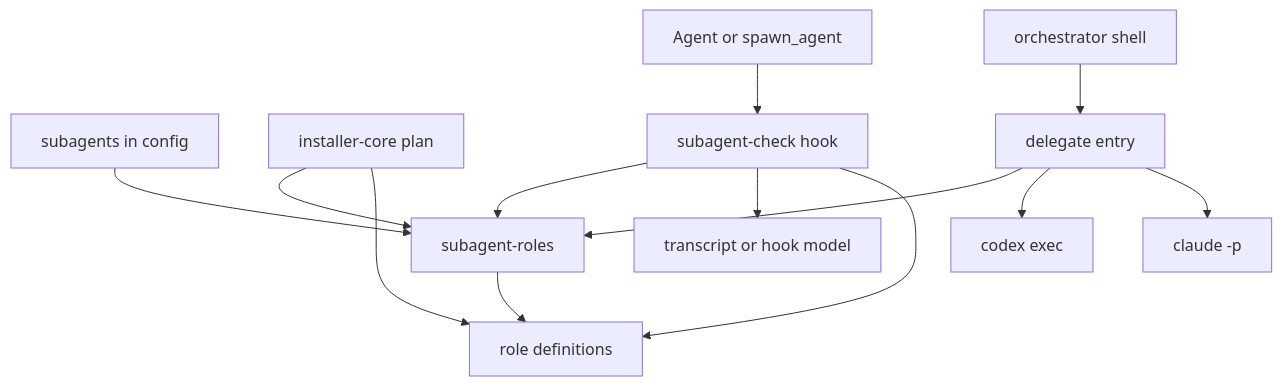
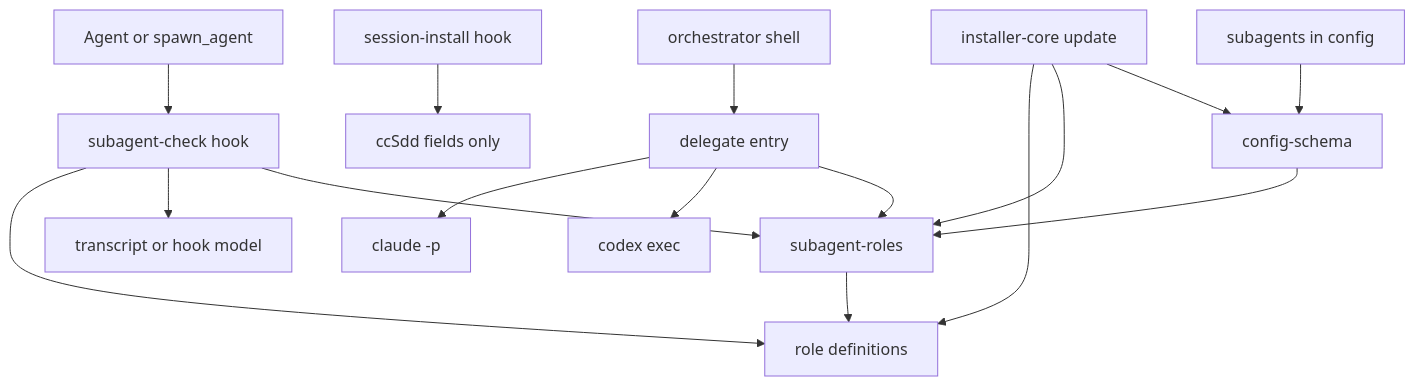
One commit to nekono-dev/cc-sdd-bootstrap changed the first of 4 diagrams in .kiro/specs/subagent-delegation/design.md. Above: the diagram before and after it, drawn with Mermaid. The commit also changed other lines of this file and 2 other files, not shown here.

Commit message:
subagent-delegation: 要件の改訂と推論量の PoC に合わせて設計を作り直す（承認待ち）

````diff
--- a/.kiro/specs/subagent-delegation/design.md
+++ b/.kiro/specs/subagent-delegation/design.md
@@ -48,15 +56,18 @@
 ```mermaid
 graph TB
-    Config[subagents in config] --> Roles[subagent-roles]
+    Config[subagents in config] --> Schema[config-schema]
+    Schema --> Roles[subagent-roles]
     Roles --> Generated[role definitions]
-    InstallerCore[installer-core plan] --> Roles
+    InstallerCore[installer-core update] --> Schema
+    InstallerCore --> Roles
     InstallerCore --> Generated
+    SessionInstall[session-install hook] --> SchemaInstall[ccSdd fields only]
     AgentTool[Agent or spawn_agent] --> Check[subagent-check hook]
     Check --> Roles
     Check --> Transcript[transcript or hook model]
     Check --> Generated
     Orchestrator[orchestrator shell] --> Delegate[delegate entry]
     Delegate --> Roles
     Delegate --> CodexCli[codex exec]
     Delegate --> ClaudeCli[claude -p]
 ```
````
